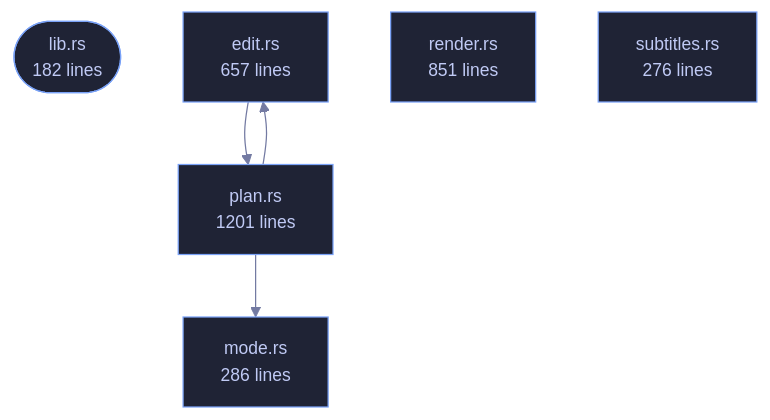
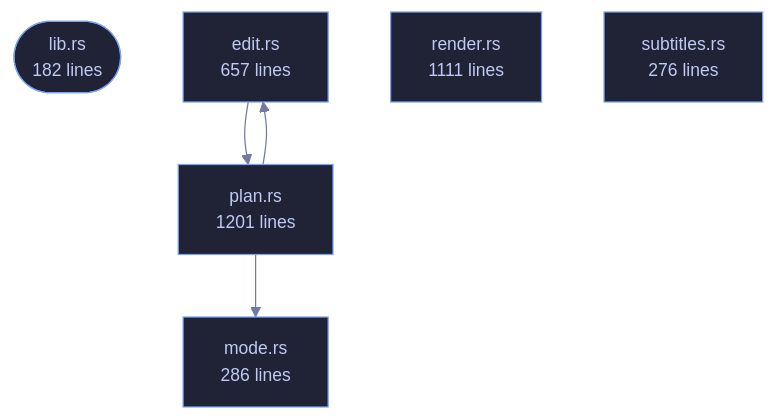
The diagram in crates/veilvoice-conversation/README.md (tilas01/veilvoice), drawn with Mermaid before and after one commit. The commit also changed other lines of this file and 36 other files, not shown here.

````diff
--- a/crates/veilvoice-conversation/README.md
+++ b/crates/veilvoice-conversation/README.md
@@ -104,19 +104,19 @@
 ```mermaid
 %%{init: {"theme":"base","themeVariables":{"background":"#1a1b26","primaryColor":"#1f2335","primaryTextColor":"#c0caf5","primaryBorderColor":"#7aa2f7","secondaryColor":"#16161e","tertiaryColor":"#16161e","lineColor":"#737aa2","textColor":"#c0caf5","mainBkg":"#1f2335","nodeBorder":"#7aa2f7","clusterBkg":"#16161e","clusterBorder":"#2f3549","fontFamily":"ui-monospace, SFMono-Regular, Consolas, monospace","fontSize":"14px"}}}%%
 flowchart TD
     n_lib(["lib.rs<br/>182 lines"])
     n_edit["edit.rs<br/>657 lines"]
     n_mode["mode.rs<br/>286 lines"]
     n_plan["plan.rs<br/>1201 lines"]
-    n_render["render.rs<br/>851 lines"]
+    n_render["render.rs<br/>1111 lines"]
     n_subtitles["subtitles.rs<br/>276 lines"]
     n_edit --> n_plan
     n_plan --> n_edit
     n_plan --> n_mode
     click n_lib href "https://github.com/tilas01/veilvoice/blob/main/crates/veilvoice-conversation/src/lib.rs" "open the source"
     click n_edit href "https://github.com/tilas01/veilvoice/blob/main/crates/veilvoice-conversation/src/edit.rs" "open the source"
     click n_mode href "https://github.com/tilas01/veilvoice/blob/main/crates/veilvoice-conversation/src/mode.rs" "open the source"
     click n_plan href "https://github.com/tilas01/veilvoice/blob/main/crates/veilvoice-conversation/src/plan.rs" "open the source"
     click n_render href "https://github.com/tilas01/veilvoice/blob/main/crates/veilvoice-conversation/src/render.rs" "open the source"
     click n_subtitles href "https://github.com/tilas01/veilvoice/blob/main/crates/veilvoice-conversation/src/subtitles.rs" "open the source"
 ```
````
